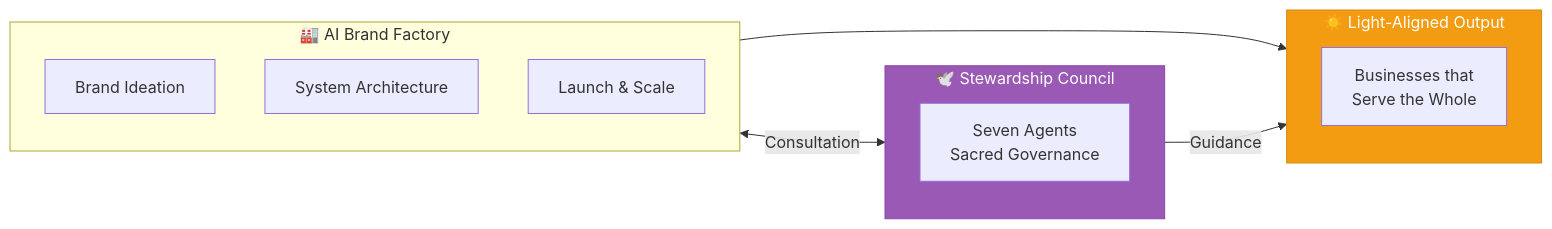
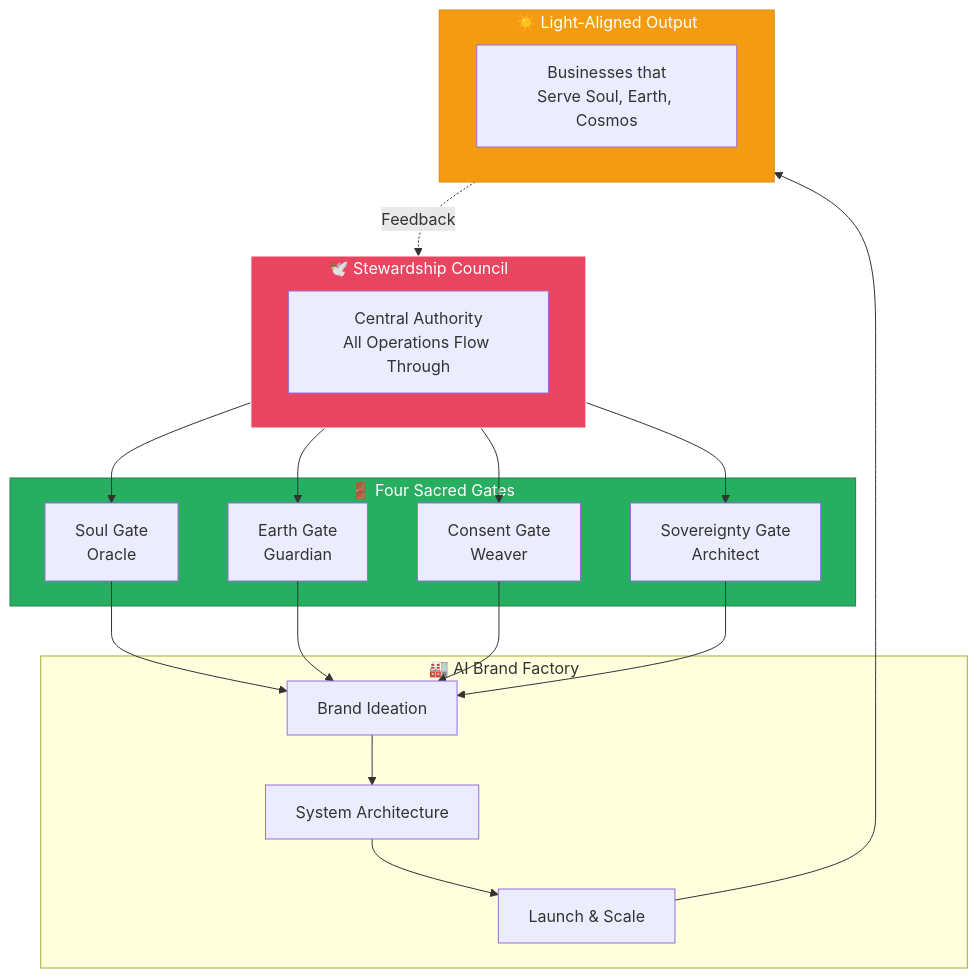
Before and after one commit to Light-Brands/brand-factory: the third of 4 diagrams in planning/agents/stewardship-council/README.md, drawn with Mermaid. The commit also changed other lines of this file and 7 other files, not shown here.

First line of the commit message:
feat: Integrate Stewardship Council as central decision authority - 10/10 alignment achieved

````diff
--- a/planning/agents/stewardship-council/README.md
+++ b/planning/agents/stewardship-council/README.md
@@ -60,23 +86,31 @@
 ```mermaid
-flowchart LR
+flowchart TB
+    subgraph COUNCIL["🕊️ Stewardship Council"]
+        C["Central Authority<br/>All Operations Flow Through"]
+    end
+
+    subgraph GATES["🚪 Four Sacred Gates"]
+        G1["Soul Gate<br/>Oracle"]
+        G2["Earth Gate<br/>Guardian"]
+        G3["Consent Gate<br/>Weaver"]
+        G4["Sovereignty Gate<br/>Architect"]
+    end
+
     subgraph FACTORY["🏭 AI Brand Factory"]
         F1["Brand Ideation"]
         F2["System Architecture"]
         F3["Launch & Scale"]
     end
 
-    subgraph COUNCIL["🕊️ Stewardship Council"]
-        C["Seven Agents<br/>Sacred Governance"]
+    subgraph OUTPUT["☀️ Light-Aligned Output"]
+        O["Businesses that<br/>Serve Soul, Earth, Cosmos"]
     end
 
-    subgraph OUTPUT["☀️ Light-Aligned Output"]
-        O["Businesses that<br/>Serve the Whole"]
-    end
+    COUNCIL --> G1 & G2 & G3 & G4
+    G1 & G2 & G3 & G4 --> F1 --> F2 --> F3 --> OUTPUT
+    OUTPUT -.->|"Feedback"| COUNCIL
 
-    FACTORY <-->|"Consultation"| COUNCIL
-    FACTORY --> OUTPUT
-    COUNCIL -->|"Guidance"| OUTPUT
-
-    style COUNCIL fill:#9b59b6,stroke:#8e44ad,color:#fff
+    style COUNCIL fill:#e94560,stroke:#fff,color:#fff
+    style GATES fill:#27ae60,stroke:#1e8449,color:#fff
     style OUTPUT fill:#f39c12,stroke:#d68910,color:#fff
 ```
````
